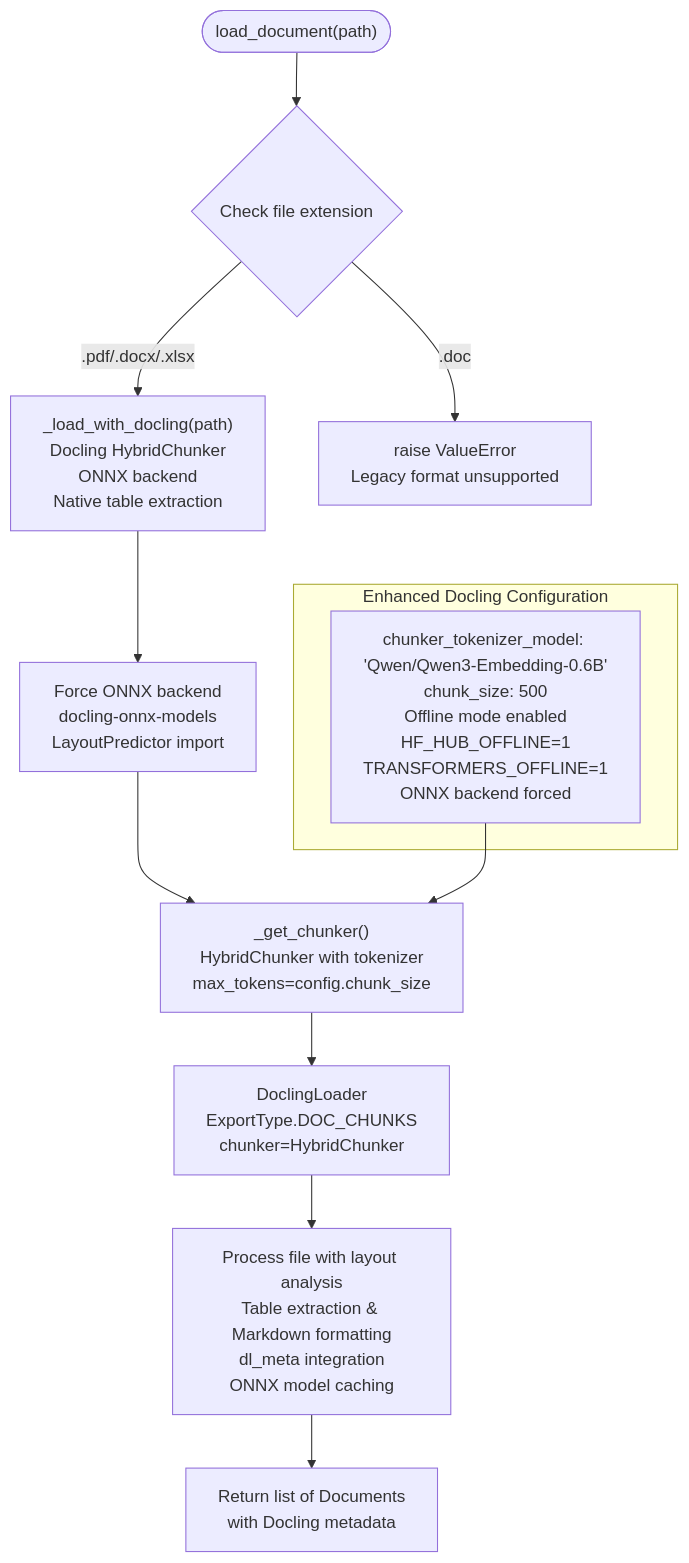
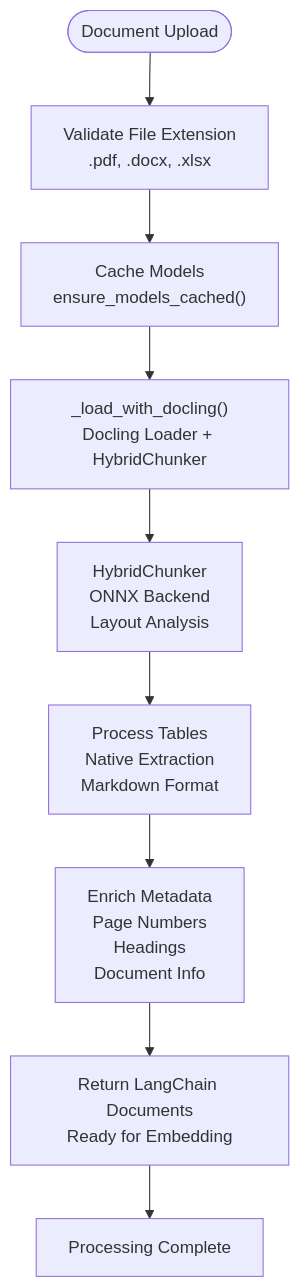
The third of 8 diagrams in .qoder/repowiki/en/content/RAG Integration/RAG Parser Enhancement.md (ognelis/cafetera_hr_bot), drawn with Mermaid before and after one commit. The commit also changed other lines of this file and 69 other files, not shown here.

````diff
--- a/.qoder/repowiki/en/content/RAG Integration/RAG Parser Enhancement.md
+++ b/.qoder/repowiki/en/content/RAG Integration/RAG Parser Enhancement.md
@@ -206,15 +173,11 @@
 ```mermaid
 flowchart TD
-Start(["load_document(path)"]) --> CheckExt{"Check file extension"}
-CheckExt --> |".pdf/.docx/.xlsx"| LoadDocling["_load_with_docling(path)<br/>Docling HybridChunker<br/>ONNX backend<br/>Native table extraction"]
-CheckExt --> |".doc"| LoadDoc["raise ValueError<br/>Legacy format unsupported"]
-LoadDocling --> ForceONNX["Force ONNX backend<br/>docling-onnx-models<br/>LayoutPredictor import"]
-ForceONNX --> GetChunker["_get_chunker()<br/>HybridChunker with tokenizer<br/>max_tokens=config.chunk_size"]
-GetChunker --> CreateLoader["DoclingLoader<br/>ExportType.DOC_CHUNKS<br/>chunker=HybridChunker"]
-CreateLoader --> ProcessFile["Process file with layout analysis<br/>Table extraction & Markdown formatting<br/>dl_meta integration<br/>ONNX model caching"]
-ProcessFile --> Return["Return list of Documents<br/>with Docling metadata"]
-subgraph "Enhanced Docling Configuration"
-Config["chunker_tokenizer_model: 'Qwen/Qwen3-Embedding-0.6B'<br/>chunk_size: 500<br/>Offline mode enabled<br/>HF_HUB_OFFLINE=1<br/>TRANSFORMERS_OFFLINE=1<br/>ONNX backend forced"]
-end
-Config --> GetChunker
+Start(["Document Upload"]) --> Validate["Validate File Extension<br/>.pdf, .docx, .xlsx"]
+Validate --> CacheModels["Cache Models<br/>ensure_models_cached()"]
+CacheModels --> LoadDocling["_load_with_docling()<br/>Docling Loader + HybridChunker"]
+LoadDocling --> HybridChunker["HybridChunker<br/>ONNX Backend<br/>Layout Analysis"]
+HybridChunker --> ProcessTables["Process Tables<br/>Native Extraction<br/>Markdown Format"]
+ProcessTables --> EnrichMetadata["Enrich Metadata<br/>Page Numbers<br/>Headings<br/>Document Info"]
+EnrichMetadata --> ReturnDocs["Return LangChain Documents<br/>Ready for Embedding"]
+ReturnDocs --> Complete["Processing Complete"]
 ```
````
